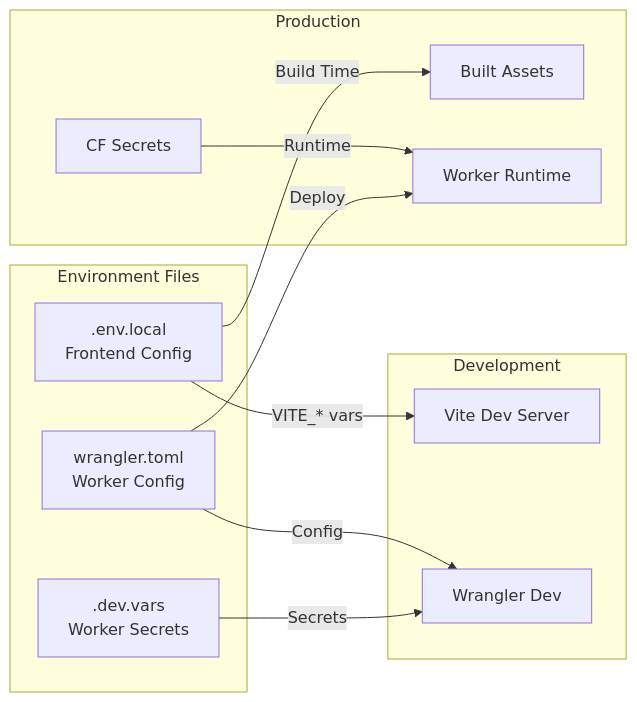
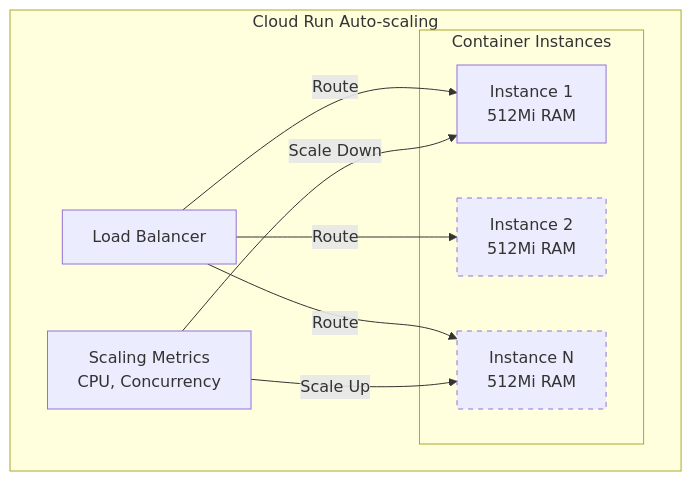
The eighth of 10 diagrams in .project/guidelines/core/architecture-diagrams.md (emily-flambe/web-app-starter-pack-gcp), drawn with Mermaid before and after one commit. The commit also changed other lines of this file and 37 other files, not shown here.

First line of the commit message:
Add Google Cloud Run deployment with FastAPI + React starter (#5)

````diff
--- a/.project/guidelines/core/architecture-diagrams.md
+++ b/.project/guidelines/core/architecture-diagrams.md
@@ -234,27 +224,24 @@
 ```mermaid
-graph LR
-    subgraph "Environment Files"
-        ENV[.env.local<br/>Frontend Config]
-        VARS[.dev.vars<br/>Worker Secrets]
-        WRANGLER[wrangler.toml<br/>Worker Config]
+graph TB
+    subgraph "Cloud Run Auto-scaling"
+        LB[Load Balancer]
+        
+        subgraph "Container Instances"
+            I1[Instance 1<br/>512Mi RAM]
+            I2[Instance 2<br/>512Mi RAM]
+            IN[Instance N<br/>512Mi RAM]
+        end
+        
+        Metrics[Scaling Metrics<br/>CPU, Concurrency]
     end
     
-    subgraph "Development"
-        ViteDev[Vite Dev Server]
-        WranglerDev[Wrangler Dev]
-    end
+    LB -->|Route| I1
+    LB -->|Route| I2
+    LB -->|Route| IN
     
-    subgraph "Production"
-        Build[Built Assets]
-        Worker[Worker Runtime]
-        Secrets[CF Secrets]
-    end
+    Metrics -->|Scale Up| IN
+    Metrics -->|Scale Down| I1
     
-    ENV -->|VITE_* vars| ViteDev
-    VARS -->|Secrets| WranglerDev
-    WRANGLER -->|Config| WranglerDev
-    
-    ENV -->|Build Time| Build
-    WRANGLER -->|Deploy| Worker
-    Secrets -->|Runtime| Worker
+    style I2 stroke-dasharray: 5 5
+    style IN stroke-dasharray: 5 5
 ```
````
